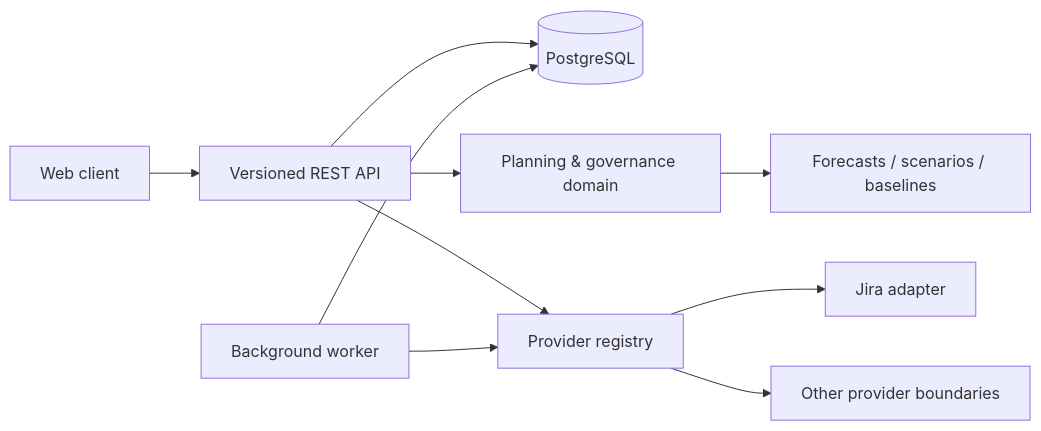
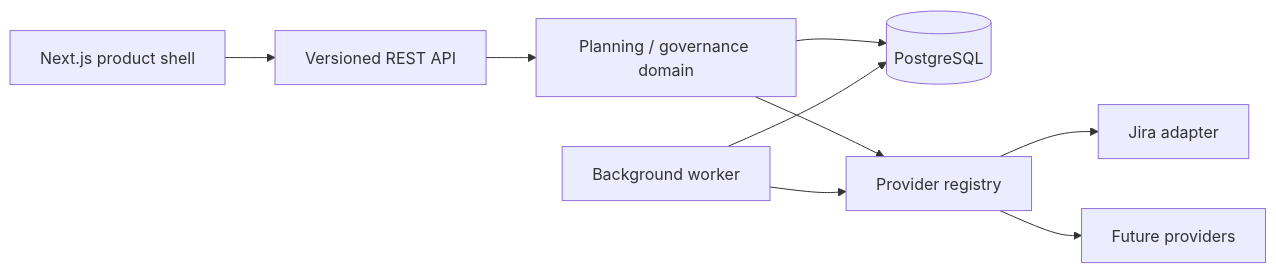
The diagram in README.md (Dmitriy-DE/delivery-planner-showcase), drawn with Mermaid before and after one commit. The commit also changed other lines of this file, not shown here.

Commit message:
Turn Delivery Planner showcase into a richer product page

````diff
--- a/README.md
+++ b/README.md
@@ -34,12 +48,20 @@
-```mermaid
+~~~mermaid
 flowchart LR
-    U[Web client] --> A[Versioned REST API]
-    A --> D[(PostgreSQL)]
-    A --> P[Planning & governance domain]
-    A --> R[Provider registry]
-    W[Background worker] --> D
-    W --> R
-    R --> J[Jira adapter]
-    R --> X[Other provider boundaries]
-    P --> F[Forecasts / scenarios / baselines]
-```
+    UI[Next.js product shell]
+    API[Versioned REST API]
+    DOMAIN[Planning / governance domain]
+    PG[(PostgreSQL)]
+    WORKER[Background worker]
+    REG[Provider registry]
+    JIRA[Jira adapter]
+    FUTURE[Future providers]
+
+    UI --> API
+    API --> DOMAIN
+    DOMAIN --> PG
+    WORKER --> PG
+    DOMAIN --> REG
+    WORKER --> REG
+    REG --> JIRA
+    REG --> FUTURE
+~~~
````
